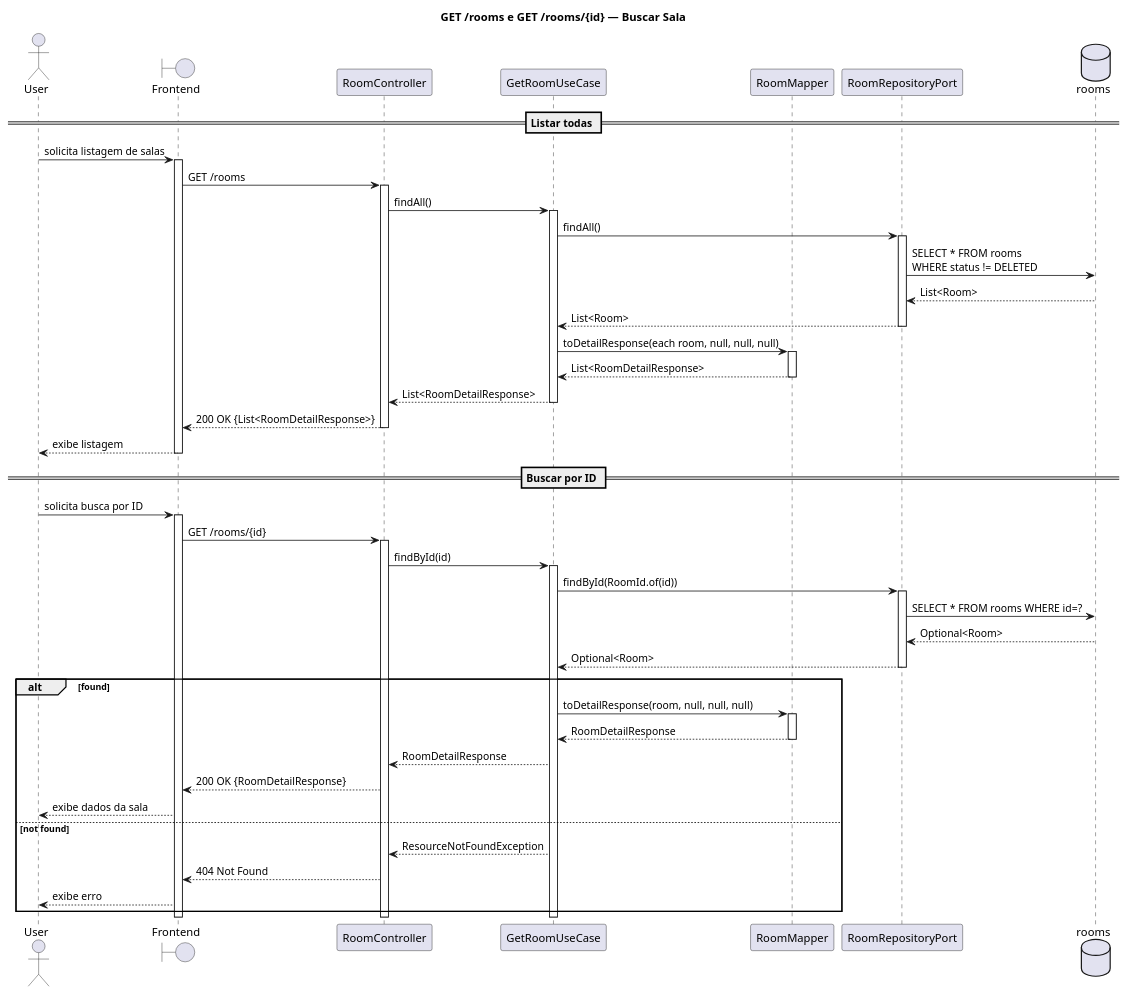
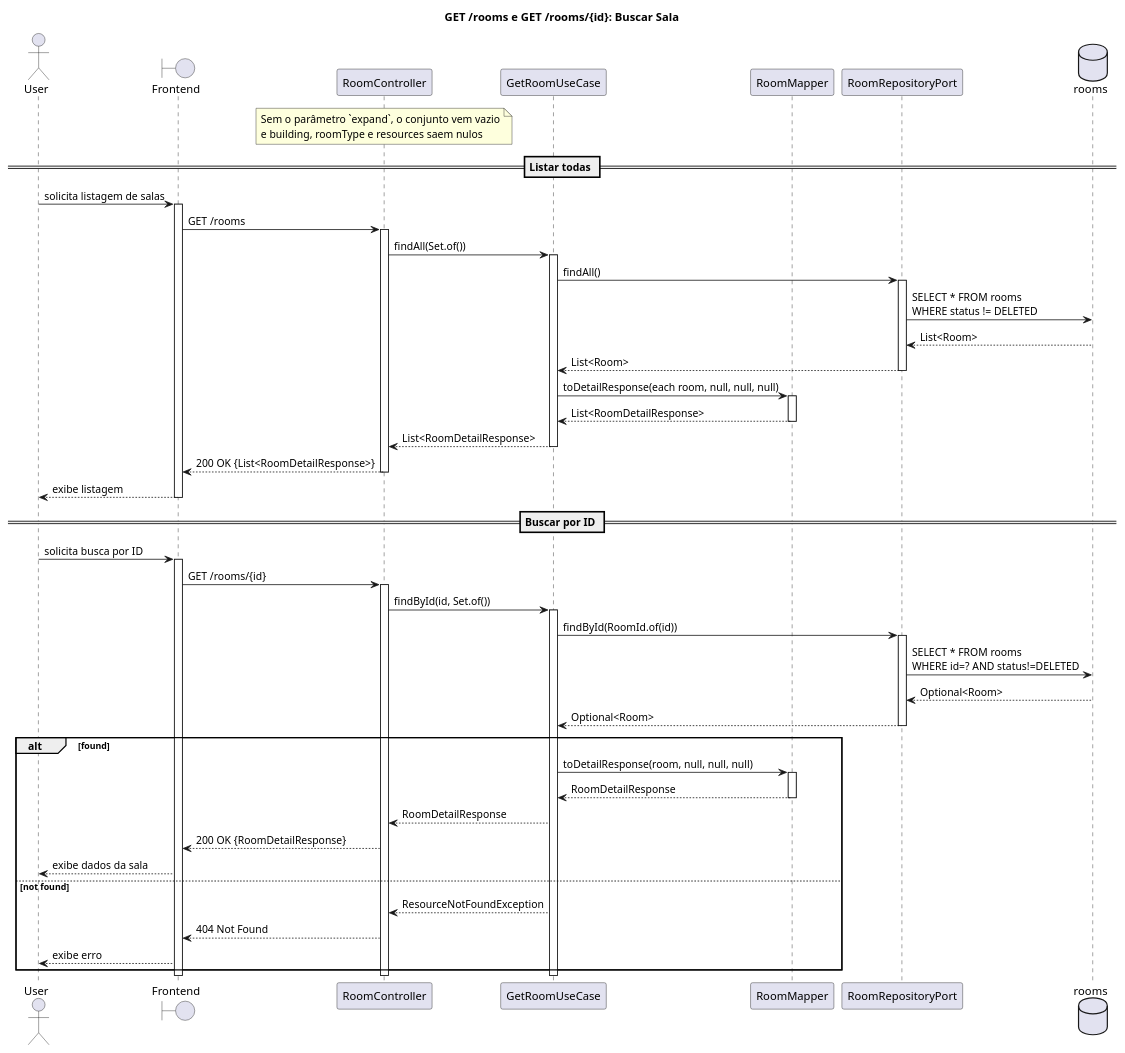
One commit to Neoguara/rooms-diagrams changed the diagram in src/plantuml/sequencia/room/get_room_simple.puml. Above: the diagram before and after it, drawn with PlantUML. The commit also changed 73 other files, not shown here.

```diff
--- a/src/plantuml/sequencia/room/get_room_simple.puml
+++ b/src/plantuml/sequencia/room/get_room_simple.puml
@@ -1,78 +1,80 @@
 @startuml get_room_simple
 
-title GET /rooms e GET /rooms/{id} — Buscar Sala
+title GET /rooms e GET /rooms/{id}: Buscar Sala
 
 actor User
 boundary "Frontend" as FE
 participant "RoomController" as Ctrl
 participant "GetRoomUseCase" as UC
 participant "RoomMapper" as Mapper
 participant "RoomRepositoryPort" as Repo
 database "rooms" as DB
 
+note over Ctrl: Sem o parâmetro `expand`, o conjunto vem vazio\ne building, roomType e resources saem nulos
+
 == Listar todas ==
 
 User -> FE: solicita listagem de salas
 activate FE
 FE -> Ctrl: GET /rooms
 activate Ctrl
 
-Ctrl -> UC: findAll()
+Ctrl -> UC: findAll(Set.of())
 activate UC
 
 UC -> Repo: findAll()
 activate Repo
 Repo -> DB: SELECT * FROM rooms\nWHERE status != DELETED
 DB --> Repo: List<Room>
 Repo --> UC: List<Room>
 deactivate Repo
 
 UC -> Mapper: toDetailResponse(each room, null, null, null)
 activate Mapper
 Mapper --> UC: List<RoomDetailResponse>
 deactivate Mapper
 
 UC --> Ctrl: List<RoomDetailResponse>
 deactivate UC
 Ctrl --> FE: 200 OK {List<RoomDetailResponse>}
 deactivate Ctrl
 FE --> User: exibe listagem
 deactivate FE
 
 == Buscar por ID ==
 
 User -> FE: solicita busca por ID
 activate FE
 FE -> Ctrl: GET /rooms/{id}
 activate Ctrl
 
-Ctrl -> UC: findById(id)
+Ctrl -> UC: findById(id, Set.of())
 activate UC
 
 UC -> Repo: findById(RoomId.of(id))
 activate Repo
-Repo -> DB: SELECT * FROM rooms WHERE id=?
+Repo -> DB: SELECT * FROM rooms\nWHERE id=? AND status!=DELETED
 DB --> Repo: Optional<Room>
 Repo --> UC: Optional<Room>
 deactivate Repo
 
 alt found
   UC -> Mapper: toDetailResponse(room, null, null, null)
   activate Mapper
   Mapper --> UC: RoomDetailResponse
   deactivate Mapper
 
   UC --> Ctrl: RoomDetailResponse
   Ctrl --> FE: 200 OK {RoomDetailResponse}
   FE --> User: exibe dados da sala
 else not found
   UC --> Ctrl: ResourceNotFoundException
   Ctrl --> FE: 404 Not Found
   FE --> User: exibe erro
 end
 
 deactivate UC
 deactivate Ctrl
 deactivate FE
 
 @enduml
```
